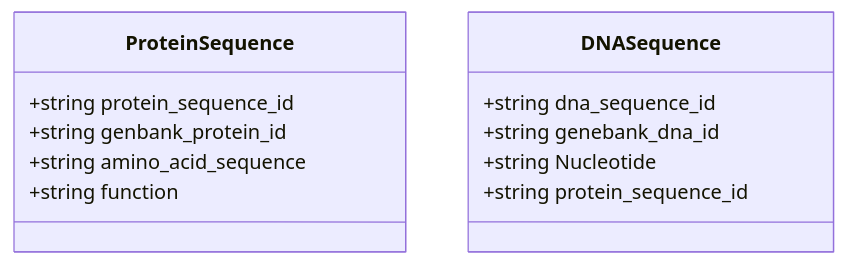
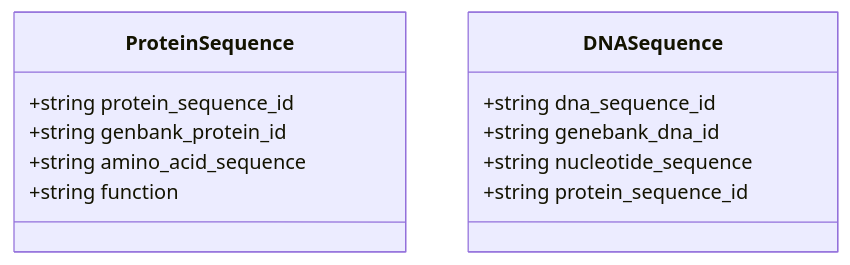
The diagram in PyEEDexample1/schemes/PyEED Data Model.md (maxim945/Database-present), drawn with Mermaid before and after one commit. The commit also changed 3 other files, not shown here.

````diff
--- a/PyEEDexample1/schemes/PyEED Data Model.md
+++ b/PyEEDexample1/schemes/PyEED Data Model.md
@@ -1,18 +1,18 @@
 ```mermaid
 classDiagram
     
     class ProteinSequence {
         +string protein_sequence_id
         +string genbank_protein_id
         +string amino_acid_sequence
         +string function
     }
     
     class DNASequence {
         +string dna_sequence_id
         +string genebank_dna_id
-        +string Nucleotide
+        +string nucleotide_sequence
         +string protein_sequence_id
     }
     
 ```
````
